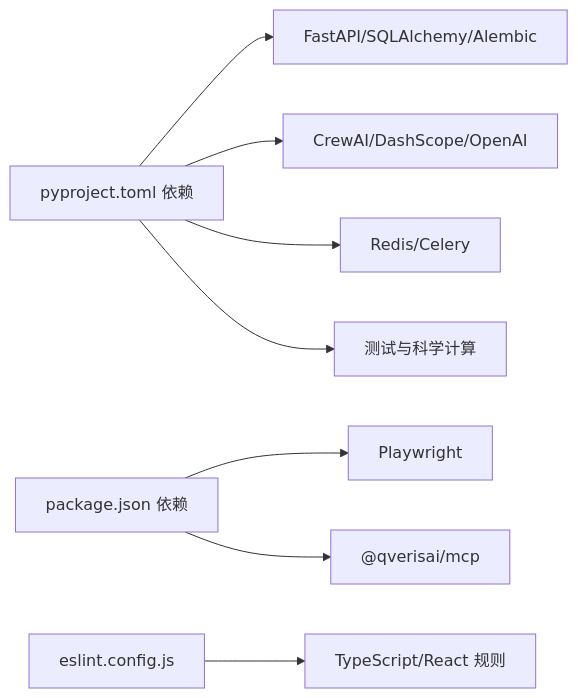
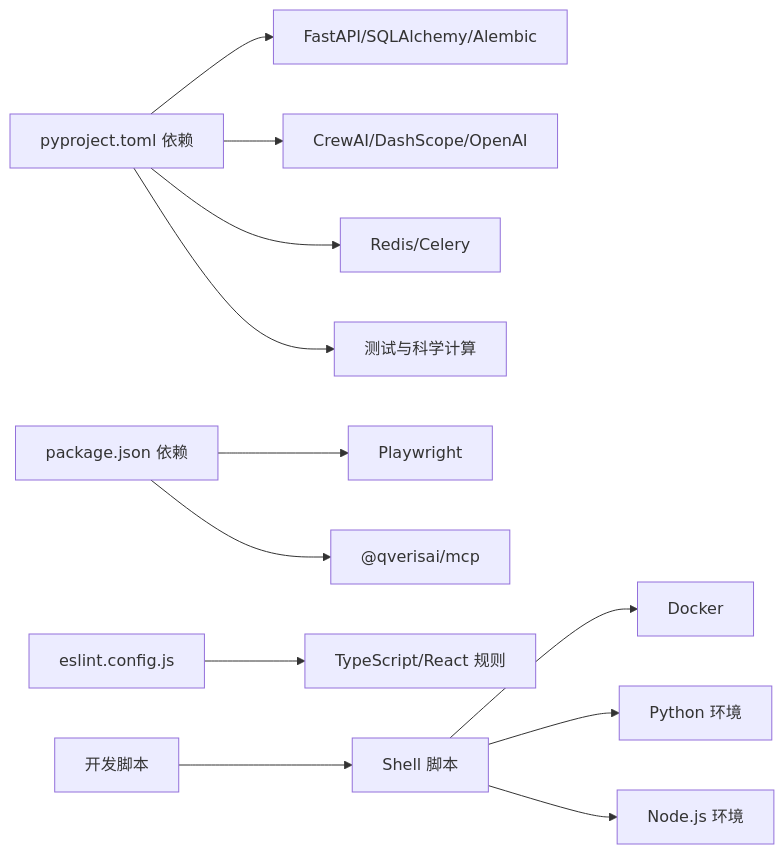
The fourth of 4 diagrams in .qoder/repowiki/zh/content/开发者指南/开发者指南.md (xfbyxq/ai-novel-system), drawn with Mermaid before and after one commit. The commit also changed other lines of this file and 8 other files, not shown here.

````diff
--- a/.qoder/repowiki/zh/content/开发者指南/开发者指南.md
+++ b/.qoder/repowiki/zh/content/开发者指南/开发者指南.md
@@ -274,10 +460,14 @@
 ```mermaid
 graph LR
 P["pyproject.toml 依赖"] --> F["FastAPI/SQLAlchemy/Alembic"]
 P --> L["CrewAI/DashScope/OpenAI"]
 P --> Q["Redis/Celery"]
 P --> T["测试与科学计算"]
 J["package.json 依赖"] --> PW["Playwright"]
 J --> MCP["@qverisai/mcp"]
 E["eslint.config.js"] --> TS["TypeScript/React 规则"]
+S["开发脚本"] --> SH["Shell 脚本"]
+SH --> DC["Docker"]
+SH --> PY["Python 环境"]
+SH --> NODE["Node.js 环境"]
 ```
````
